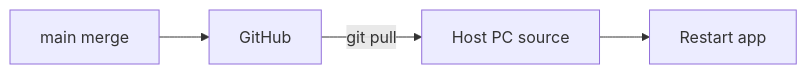
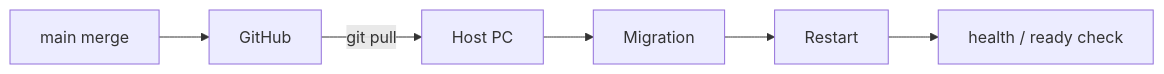
The second of 5 diagrams in docs/DEPLOYMENT.md (k-systems202208/python-sqlite-tailscale-webapp-template), drawn with Mermaid before and after one commit. The commit also changed other lines of this file and 42 other files, not shown here.

````diff
--- a/docs/DEPLOYMENT.md
+++ b/docs/DEPLOYMENT.md
@@ -20,6 +20,8 @@
 ```mermaid
 flowchart LR
     M["main merge"] --> G["GitHub"]
-    G -->|"git pull"| H["Host PC source"]
-    H --> R["Restart app"]
+    G -->|"git pull"| H["Host PC"]
+    H --> MG["Migration"]
+    MG --> R["Restart"]
+    R --> V["health / ready check"]
 ```
````
